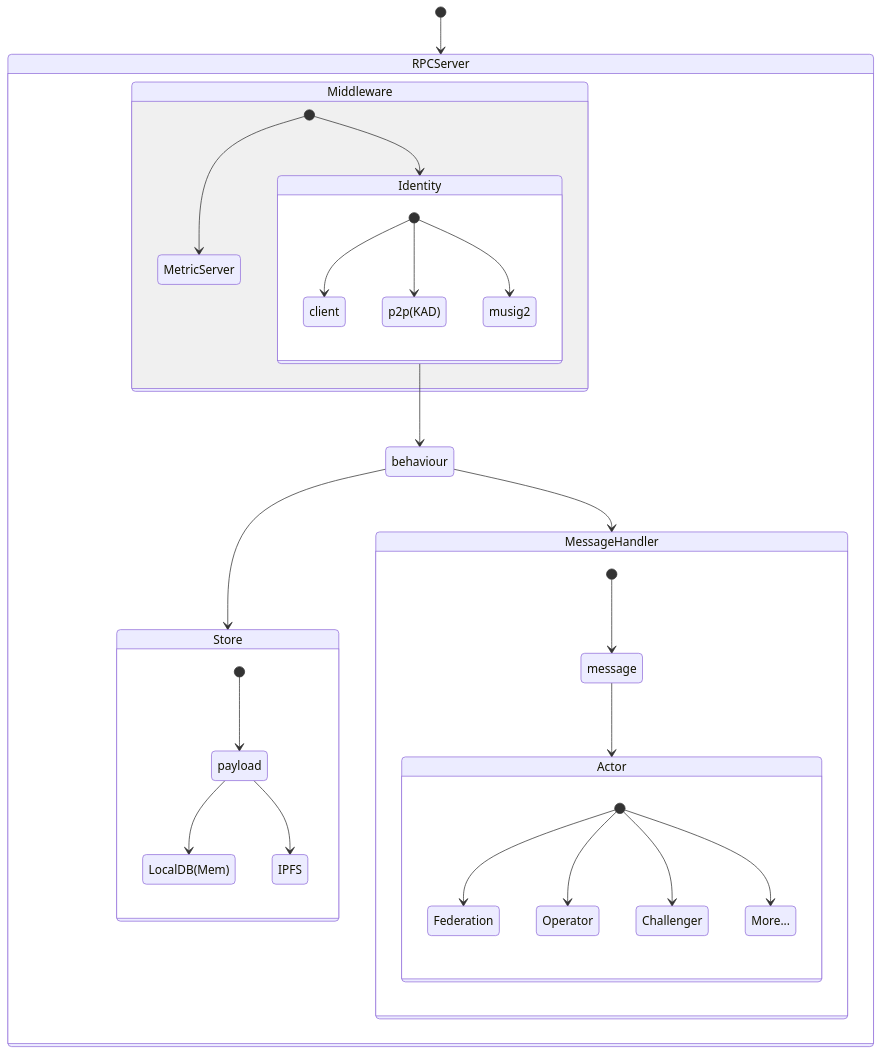
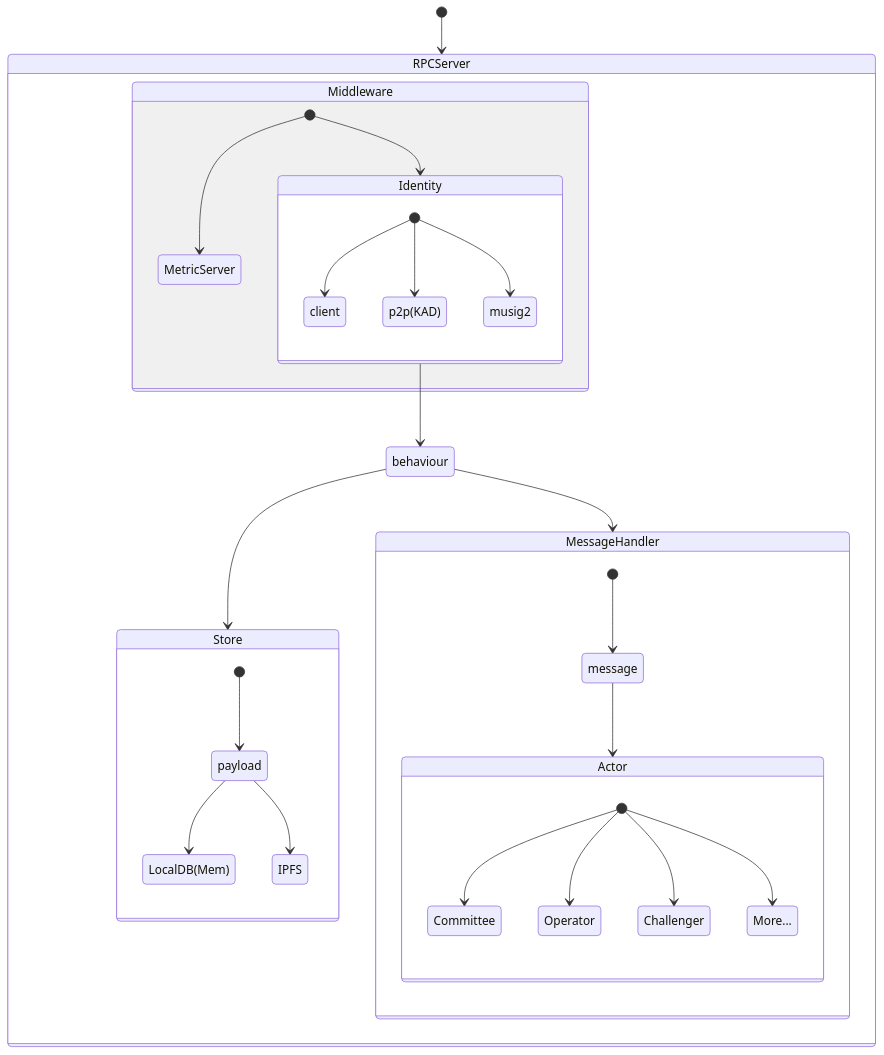
Before and after one commit to jackDev221/bitvm2-node: the first of 5 diagrams in README.md, drawn with Mermaid. The commit also changed other lines of this file and 10 other files, not shown here.

````diff
--- a/README.md
+++ b/README.md
@@ -10,37 +10,37 @@
 ```mermaid
 stateDiagram-v2
     [*] --> RPCServer 
 
     state RPCServer {
         state Middleware {
             [*] --> Identity
             Identity --> behaviour
             [*] --> MetricServer 
         }
         behaviour --> Store
         behaviour --> MessageHandler
     }
        
     state MessageHandler {
         [*] --> message 
         message --> Actor 
     }
     state Actor {
-        [*] --> Federation 
+        [*] --> Committee 
         [*] --> Operator 
         [*] --> Challenger
         [*] --> More... 
     }
     
     state Identity {
         [*] --> client
         [*] --> p2p(KAD)
         [*] --> musig2
     }
 
     state Store {
         [*] --> payload 
         payload --> LocalDB(Mem)
         payload --> IPFS
     }
 ```
````
